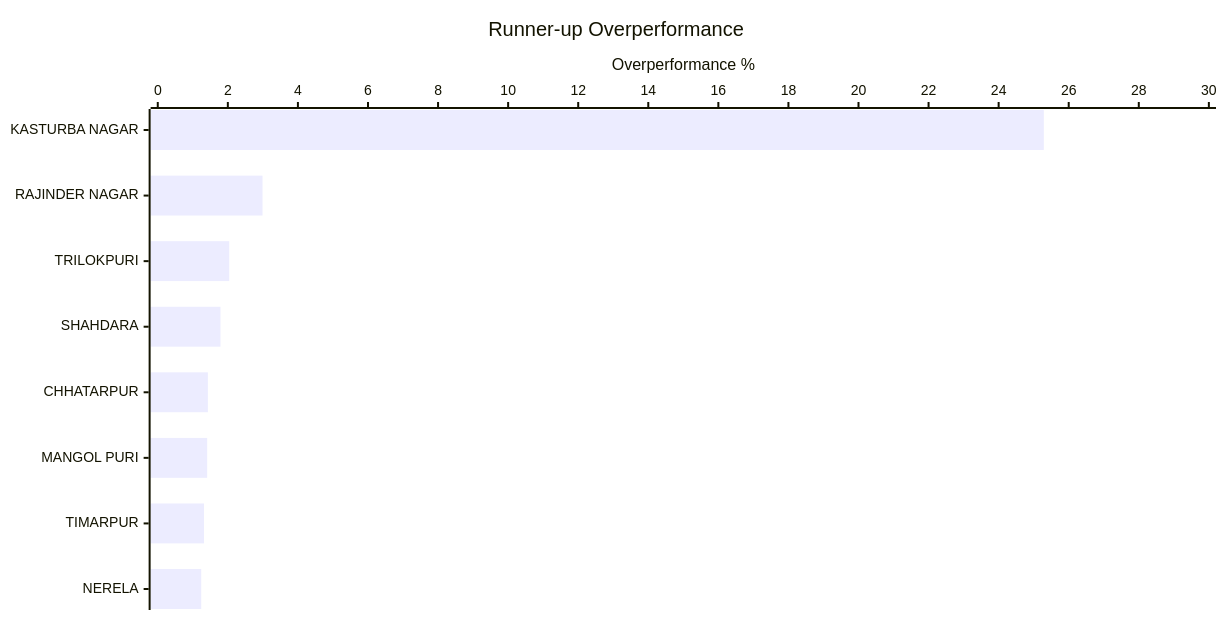
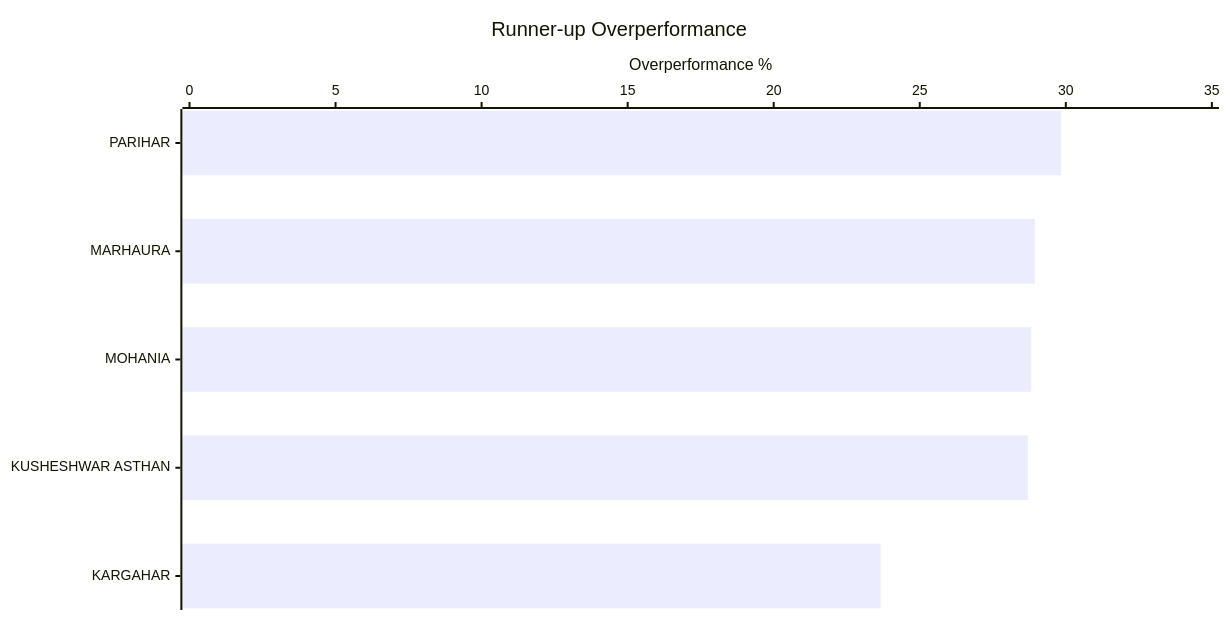
One commit to arjunswaj/elections changed diagram 21 of 23 in BIHAR-GRAPH.md. Above: the diagram before and after it, drawn with Mermaid. The commit also changed other lines of this file and 2 other files, not shown here.

Commit message:
11 Runner-up overperformance

````diff
--- a/BIHAR-GRAPH.md
+++ b/BIHAR-GRAPH.md
@@ -527,17 +535,17 @@
 ```mermaid
 ---
 config:
     xyChart:
         width: 1200
         height: 600
         chartOrientation: horizontal
         dataLabels:
             enabled: true
             placement: end
 ---
 xychart-beta
     title "Runner-up Overperformance"
-    x-axis ["KASTURBA NAGAR", "RAJINDER NAGAR", "TRILOKPURI", "SHAHDARA", "CHHATARPUR", "MANGOL PURI", "TIMARPUR", "NERELA"]
-    y-axis "Overperformance %" 0 --> 30
-    bar [25.29, 2.99, 2.04, 1.79, 1.43, 1.41, 1.32, 1.24]
+    x-axis ["PARIHAR", "MARHAURA", "MOHANIA", "KUSHESHWAR ASTHAN", "KARGAHAR"]
+    y-axis "Overperformance %" 0 --> 35
+    bar [29.84, 28.94, 28.82, 28.70, 23.66]
 ```
````
